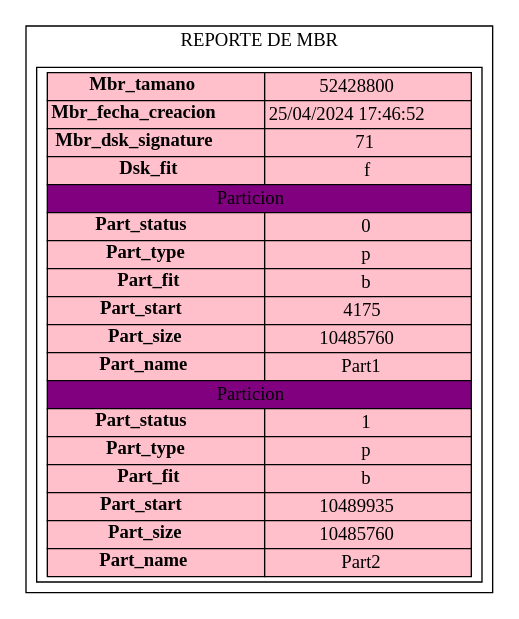
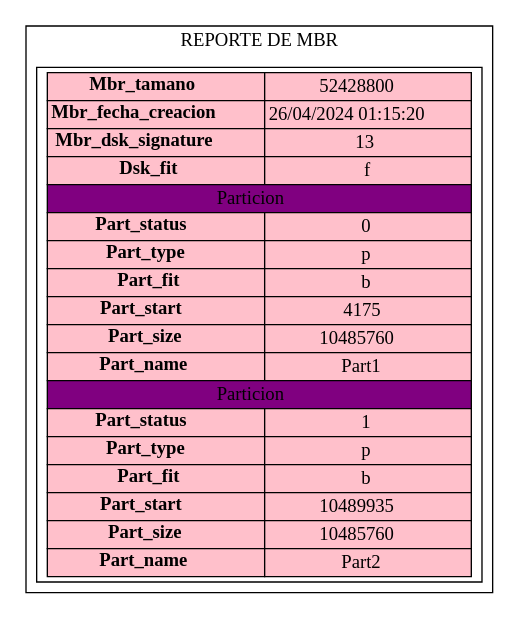
Before and after one commit to NatalyDuarte/MIA_P2_202001570: the diagram in Backend/Mbr.dot, drawn with Graphviz. The commit also changed 12 other files, not shown here.

```diff
--- a/Backend/Mbr.dot
+++ b/Backend/Mbr.dot
@@ -1,23 +1,23 @@
 digraph G{
 subgraph cluster{
 label="REPORTE DE MBR"
 tbl[shape=box,label=<
 <table border='0' cellborder='1' cellspacing='0' width='300'  height='200' >
 <tr> <td width='150' bgcolor="pink"><b>Mbr_tamano</b></td><td width='150' bgcolor="pink">52428800</td>  </tr>
-<tr>  <td bgcolor="pink"><b>Mbr_fecha_creacion</b></td><td bgcolor="pink">25/04/2024 17:46:52</td>  </tr>
-<tr>  <td bgcolor="pink"><b>Mbr_dsk_signature</b></td><td bgcolor="pink">71</td>  </tr>
+<tr>  <td bgcolor="pink"><b>Mbr_fecha_creacion</b></td><td bgcolor="pink">26/04/2024 01:15:20</td>  </tr>
+<tr>  <td bgcolor="pink"><b>Mbr_dsk_signature</b></td><td bgcolor="pink">13</td>  </tr>
 <tr>  <td bgcolor="pink"><b>Dsk_fit</b></td><td bgcolor="pink">f</td>  </tr><tr><td colspan="2" bgcolor="purple">Particion</td></tr><tr>  <td bgcolor="pink"><b>Part_status</b></td><td bgcolor="pink">0</td>  </tr>
 <tr>  <td bgcolor="pink"><b>Part_type</b></td><td bgcolor="pink">p</td>  </tr>
 <tr>  <td bgcolor="pink"><b>Part_fit</b></td><td bgcolor="pink">b</td>  </tr>
 <tr>  <td bgcolor="pink"><b>Part_start </b></td><td bgcolor="pink">4175</td>  </tr>
 <tr>  <td bgcolor="pink"><b>Part_size</b></td><td bgcolor="pink">10485760</td>  </tr>
 <tr>  <td bgcolor="pink"><b>Part_name</b></td><td bgcolor="pink">Part1</td>  </tr>
 <tr><td colspan="2" bgcolor="purple">Particion</td></tr><tr>  <td bgcolor="pink"><b>Part_status</b></td><td bgcolor="pink">1</td>  </tr>
 <tr>  <td bgcolor="pink"><b>Part_type</b></td><td bgcolor="pink">p</td>  </tr>
 <tr>  <td bgcolor="pink"><b>Part_fit</b></td><td bgcolor="pink">b</td>  </tr>
 <tr>  <td bgcolor="pink"><b>Part_start </b></td><td bgcolor="pink">10489935</td>  </tr>
 <tr>  <td bgcolor="pink"><b>Part_size</b></td><td bgcolor="pink">10485760</td>  </tr>
 <tr>  <td bgcolor="pink"><b>Part_name</b></td><td bgcolor="pink">Part2</td>  </tr>
 </table>
 >];
 }}
```
